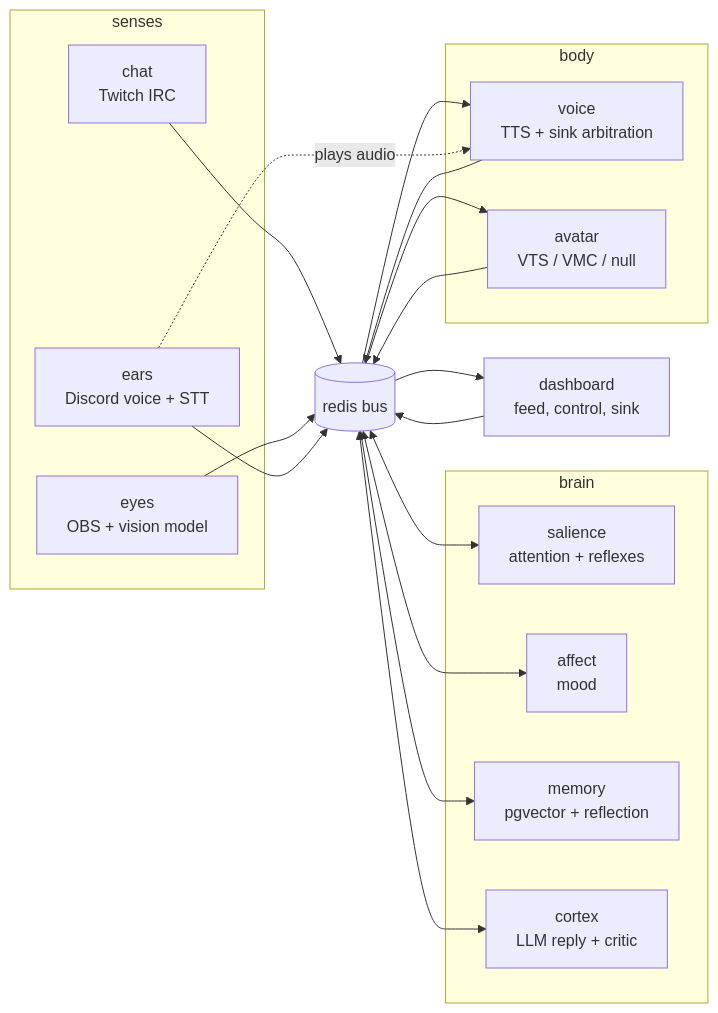
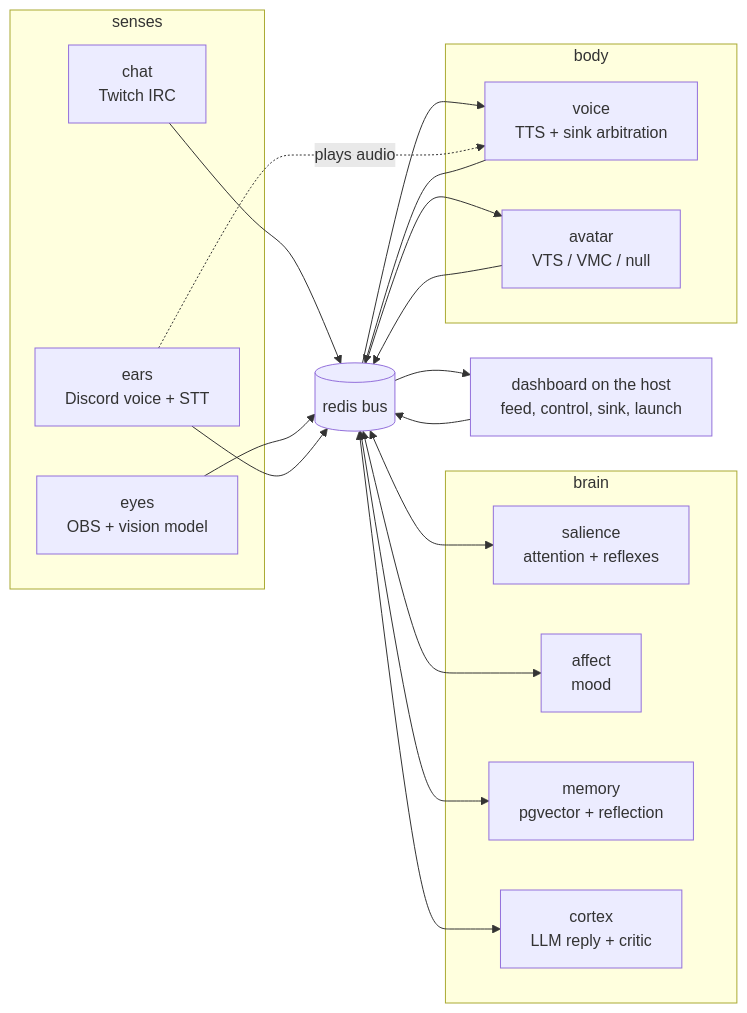
One commit to CoderCoco-Studios/cohost changed the diagram in docs/high-level-design.md. Above: the diagram before and after it, drawn with Mermaid. The commit also changed other lines of this file and 11 other files, not shown here.

````diff
--- a/docs/high-level-design.md
+++ b/docs/high-level-design.md
@@ -276,28 +281,28 @@
 ```mermaid
 flowchart LR
   subgraph senses
     chat[chat<br/>Twitch IRC]
     eyes[eyes<br/>OBS + vision model]
     ears[ears<br/>Discord voice + STT]
   end
   subgraph brain
     salience[salience<br/>attention + reflexes]
     affect[affect<br/>mood]
     memory[memory<br/>pgvector + reflection]
     cortex[cortex<br/>LLM reply + critic]
   end
   subgraph body
     voice[voice<br/>TTS + sink arbitration]
     avatar[avatar<br/>VTS / VMC / null]
   end
-  dashboard[dashboard<br/>feed, control, sink]
+  dashboard[dashboard on the host<br/>feed, control, sink, launch]
   bus[(redis bus)]
 
   chat & eyes & ears --> bus
   bus <--> salience & affect & memory & cortex
   bus --> voice & avatar & dashboard
   voice --> bus
   avatar --> bus
   dashboard --> bus
   ears -. plays audio .-> voice
 ```
````
